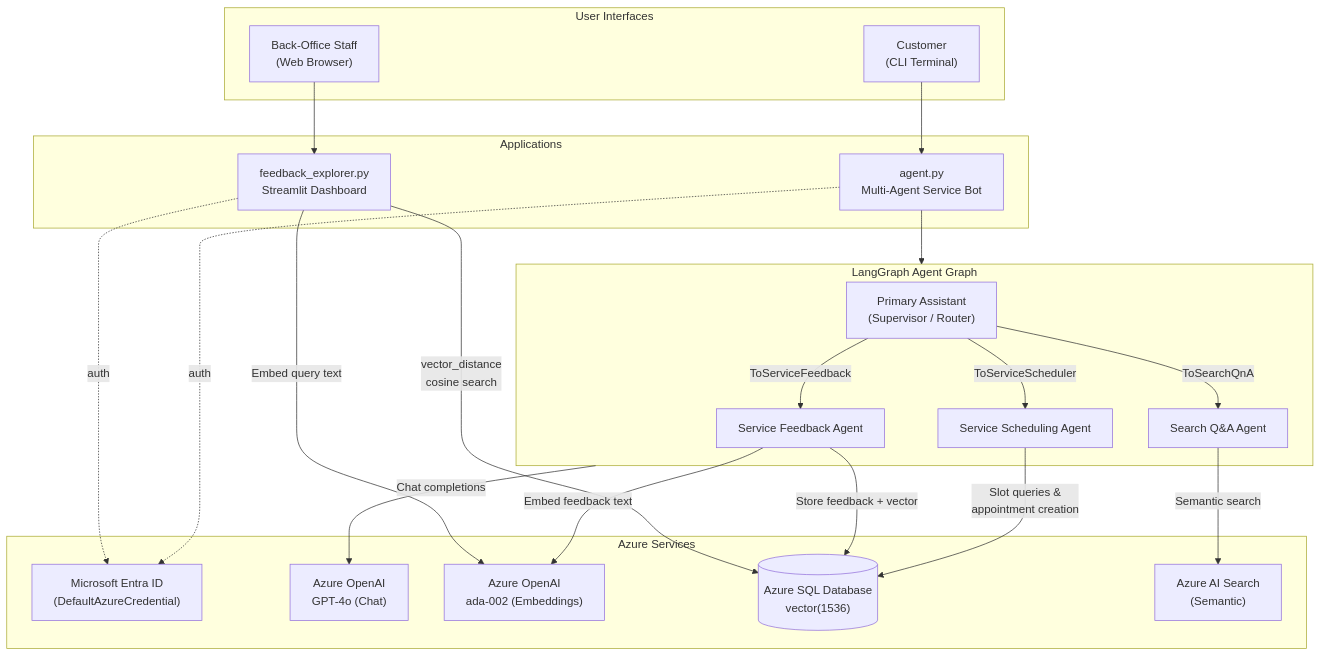
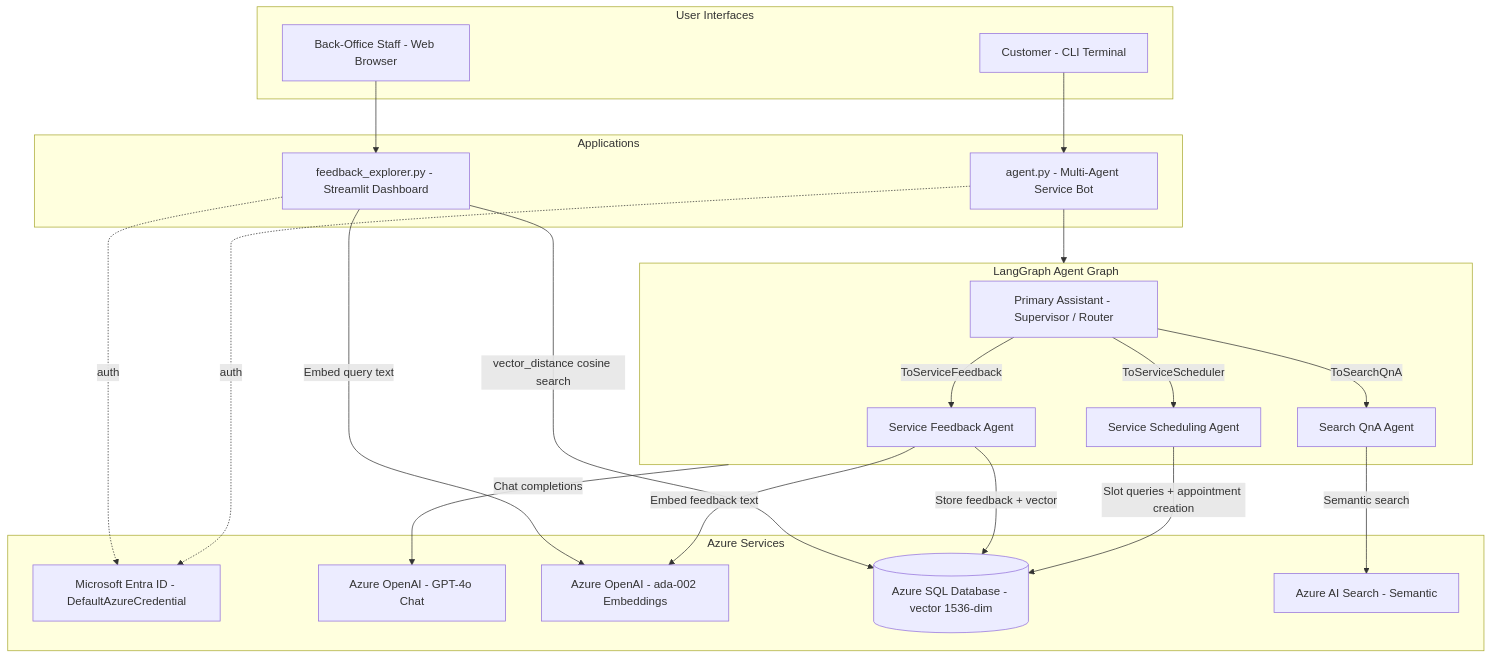
Before and after one commit to MSFT-Innovation-Hub-India/Multi-Agentic-LangGraph-Integ-VectorDB-Sample: the first of 3 diagrams in readme.md, drawn with Mermaid. The commit also changed other lines of this file, not shown here.

Commit message:
Fix Mermaid diagrams for GitHub rendering: remove parens from aliases, strip unicode and HTML tags

````diff
--- a/readme.md
+++ b/readme.md
@@ -26,45 +26,45 @@
 ```mermaid
 flowchart TB
     subgraph Clients["User Interfaces"]
-        C["Customer\n(CLI Terminal)"]
-        S["Back-Office Staff\n(Web Browser)"]
+        C["Customer - CLI Terminal"]
+        S["Back-Office Staff - Web Browser"]
     end
 
     subgraph Apps["Applications"]
-        A["agent.py\nMulti-Agent Service Bot"]
-        F["feedback_explorer.py\nStreamlit Dashboard"]
+        A["agent.py - Multi-Agent Service Bot"]
+        F["feedback_explorer.py - Streamlit Dashboard"]
     end
 
     subgraph LG["LangGraph Agent Graph"]
-        PA["Primary Assistant\n(Supervisor / Router)"]
+        PA["Primary Assistant - Supervisor / Router"]
         SS["Service Scheduling Agent"]
         SF["Service Feedback Agent"]
-        SQ["Search Q&A Agent"]
+        SQ["Search QnA Agent"]
         PA -- "ToServiceScheduler" --> SS
         PA -- "ToServiceFeedback" --> SF
         PA -- "ToSearchQnA" --> SQ
     end
 
     subgraph AZ["Azure Services"]
-        AAD["Microsoft Entra ID\n(DefaultAzureCredential)"]
-        GPT["Azure OpenAI\nGPT-4o (Chat)"]
-        EMB["Azure OpenAI\nada-002 (Embeddings)"]
-        DB[("Azure SQL Database\nvector(1536)")]
-        AIS["Azure AI Search\n(Semantic)"]
+        AAD["Microsoft Entra ID - DefaultAzureCredential"]
+        GPT["Azure OpenAI - GPT-4o Chat"]
+        EMB["Azure OpenAI - ada-002 Embeddings"]
+        DB[("Azure SQL Database - vector 1536-dim")]
+        AIS["Azure AI Search - Semantic"]
     end
 
     C --> A
     A --> LG
     LG -- "Chat completions" --> GPT
-    SS -- "Slot queries &\nappointment creation" --> DB
+    SS -- "Slot queries + appointment creation" --> DB
     SF -- "Store feedback + vector" --> DB
     SF -- "Embed feedback text" --> EMB
     SQ -- "Semantic search" --> AIS
 
     S --> F
     F -- "Embed query text" --> EMB
-    F -- "vector_distance\ncosine search" --> DB
+    F -- "vector_distance cosine search" --> DB
 
     A -. "auth" .-> AAD
     F -. "auth" .-> AAD
 ```
````
